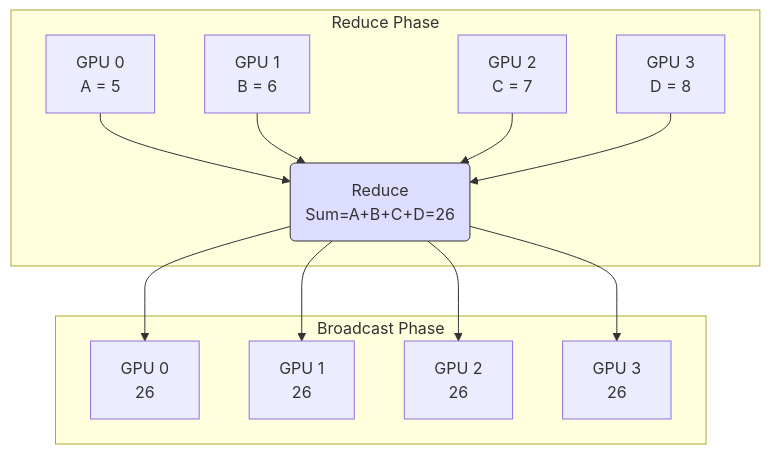
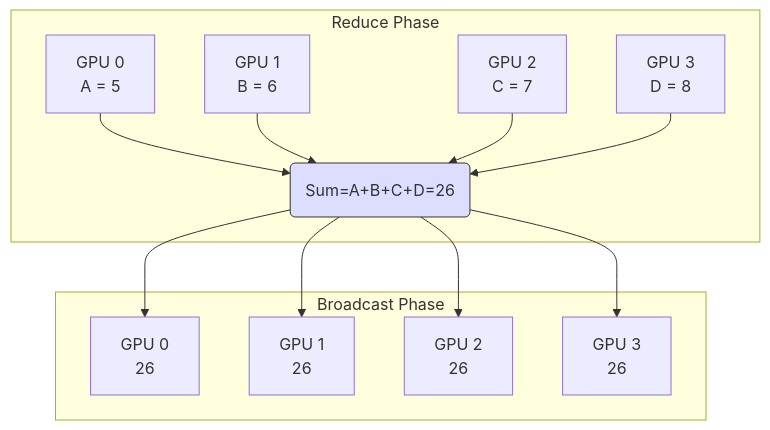
One commit to jianzhnie/ScaleTorch changed the seventh of 8 diagrams in doc/分布式集合通信和通信原语.md. Above: the diagram before and after it, drawn with Mermaid. The commit also changed other lines of this file and 2 other files, not shown here.

````diff
--- a/doc/分布式集合通信和通信原语.md
+++ b/doc/分布式集合通信和通信原语.md
@@ -192,16 +192,16 @@
 ```mermaid
 graph TD
     subgraph Reduce Phase
-        A[GPU 0 <br> A = 5] --> R(Reduce <br> Sum=A+B+C+D=26)
+        A[GPU 0 <br> A = 5] --> R(Sum=A+B+C+D=26)
         B[GPU 1 <br> B = 6] --> R
         C[GPU 2 <br> C = 7] --> R
         D[GPU 3 <br> D = 8] --> R
     end
     subgraph Broadcast Phase
         R --> E[GPU 0 <br> 26]
         R --> F[GPU 1 <br> 26]
         R --> G[GPU 2 <br> 26]
         R --> H[GPU 3 <br> 26]
     end
     style R fill:#ddf,stroke:#333
 ```
````
